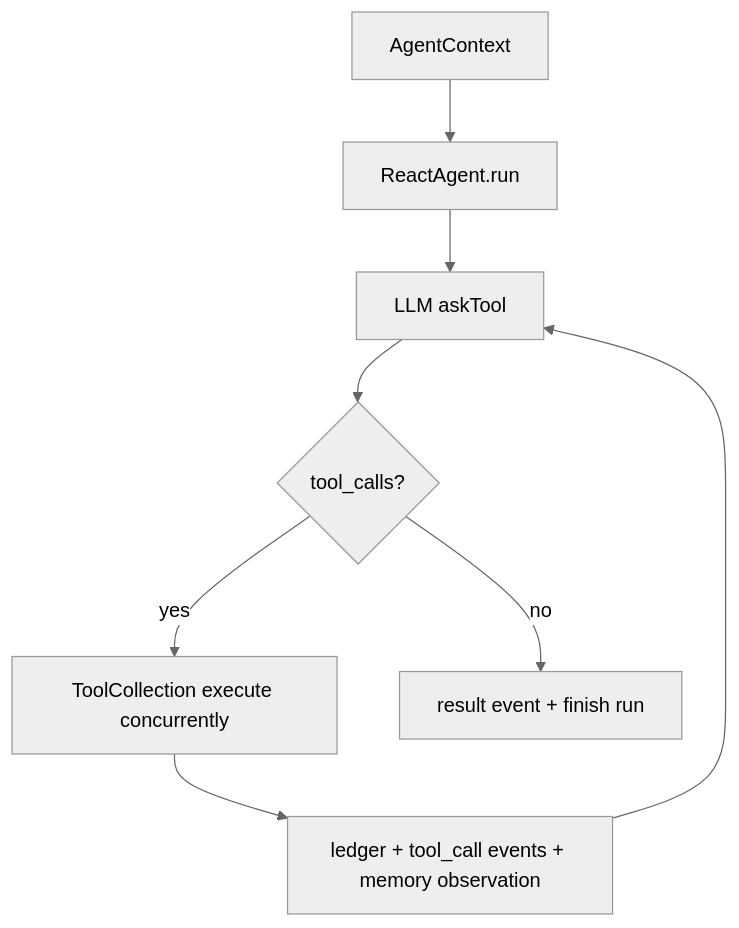
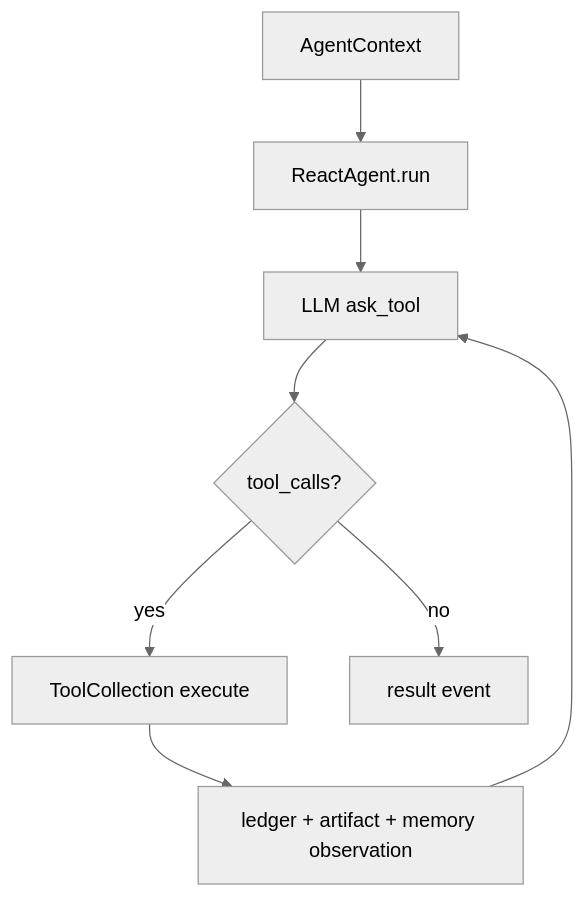
The second of 3 diagrams in architecture/python-cpp-rewrite.md (MiRuiZhi/MRZ-s-ai-agent), drawn with Mermaid (neutral theme) before and after one commit. The commit also changed other lines of this file and 8 other files, not shown here.

````diff
--- a/architecture/python-cpp-rewrite.md
+++ b/architecture/python-cpp-rewrite.md
@@ -31,10 +40,10 @@
 ```mermaid
 flowchart TD
     A["AgentContext"] --> B["ReactAgent.run"]
-    B --> C["LLM askTool"]
+    B --> C["LLM ask_tool"]
     C --> D{"tool_calls?"}
-    D -->|yes| E["ToolCollection execute concurrently"]
-    E --> F["ledger + tool_call events + memory observation"]
+    D -->|yes| E["ToolCollection execute"]
+    E --> F["ledger + artifact + memory observation"]
     F --> C
-    D -->|no| G["result event + finish run"]
+    D -->|no| G["result event"]
 ```
````
